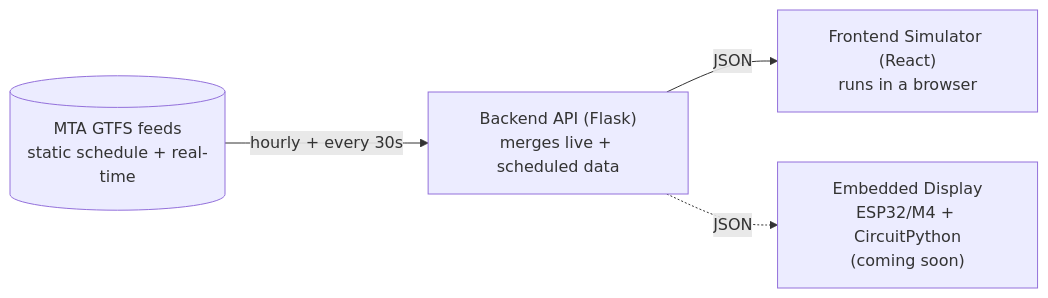
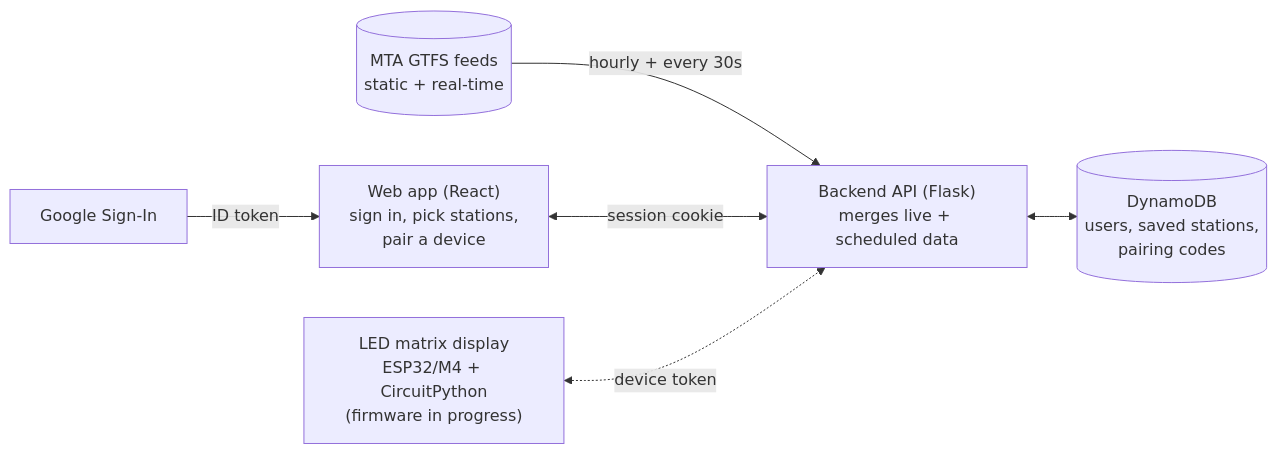
One commit to moldham713/TransitTicker changed the diagram in README.md. Above: the diagram before and after it, drawn with Mermaid. The commit also changed other lines of this file and 1 other file, not shown here.

````diff
--- a/README.md
+++ b/README.md
@@ -30,11 +40,15 @@
 ```mermaid
 flowchart LR
-    MTA[("MTA GTFS feeds<br/>static schedule + real-time")]
+    MTA[("MTA GTFS feeds<br/>static + real-time")]
+    Google["Google Sign-In"]
     Backend["Backend API (Flask)<br/>merges live + scheduled data"]
-    Frontend["Frontend Simulator (React)<br/>runs in a browser"]
-    Embedded["Embedded Display<br/>ESP32/M4 + CircuitPython<br/>(coming soon)"]
+    DB[("DynamoDB<br/>users, saved stations,<br/>pairing codes")]
+    Frontend["Web app (React)<br/>sign in, pick stations,<br/>pair a device"]
+    Embedded["LED matrix display<br/>ESP32/M4 + CircuitPython<br/>(firmware in progress)"]
 
     MTA -->|hourly + every 30s| Backend
-    Backend -->|JSON| Frontend
-    Backend -.->|JSON| Embedded
+    Backend <--> DB
+    Google -->|ID token| Frontend
+    Frontend <-->|session cookie| Backend
+    Embedded <-.->|device token| Backend
 ```
````
